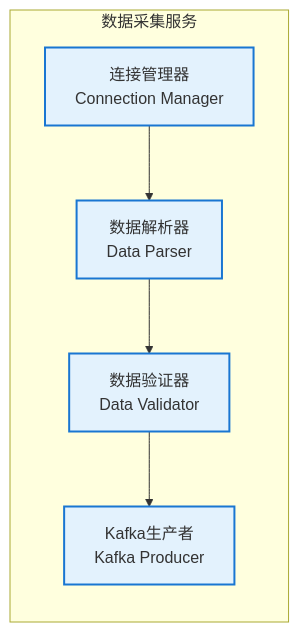
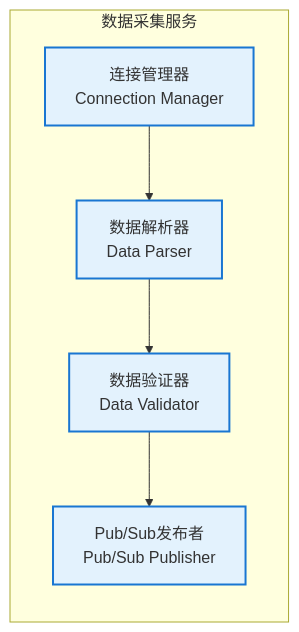
The second of 7 diagrams in docs/tech-design.md (Meteo-X/pixiu), drawn with Mermaid before and after one commit. The commit also changed other lines of this file and 16 other files, not shown here.

First line of the commit message:
docs: Update architecture from Kafka to Google Cloud Pub/Sub

````diff
--- a/docs/tech-design.md
+++ b/docs/tech-design.md
@@ -255,17 +255,17 @@
 ```mermaid
 graph LR
     subgraph DataCollector["数据采集服务"]
         ConnMgr["连接管理器<br/>Connection Manager"]
         DataParser["数据解析器<br/>Data Parser"]
         DataValidator["数据验证器<br/>Data Validator"]
-        KafkaProducer["Kafka生产者<br/>Kafka Producer"]
+        PubSubPublisher["Pub/Sub发布者<br/>Pub/Sub Publisher"]
         
         ConnMgr --> DataParser
         DataParser --> DataValidator
-        DataValidator --> KafkaProducer
+        DataValidator --> PubSubPublisher
     end
     
     %% Styling
     classDef component fill:#e3f2fd,stroke:#1976d2,stroke-width:2px
-    class ConnMgr,DataParser,DataValidator,KafkaProducer component
+    class ConnMgr,DataParser,DataValidator,PubSubPublisher component
 ```
````
